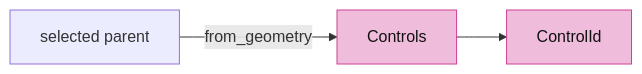
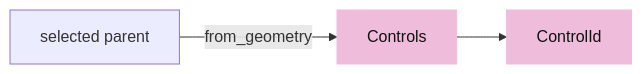
Before and after one commit to petrasvestartas/session: the third of 8 diagrams in session_viewer/docs/13-controls.md, drawn with Mermaid. The commit also changed other lines of this file and 324 other files, not shown here.

````diff
--- a/session_viewer/docs/13-controls.md
+++ b/session_viewer/docs/13-controls.md
@@ -47,6 +47,6 @@
 ```mermaid
 flowchart LR
     P["selected parent"] -- "from_geometry" --> C["Controls"] --> I["ControlId"]
-    style C fill:#f0bcdb,stroke:#ce4095,color:#111
-    style I fill:#f0bcdb,stroke:#ce4095,color:#111
+    style C fill:#f0bcdb,stroke:#f0bcdb,color:#111
+    style I fill:#f0bcdb,stroke:#f0bcdb,color:#111
 ```
````
